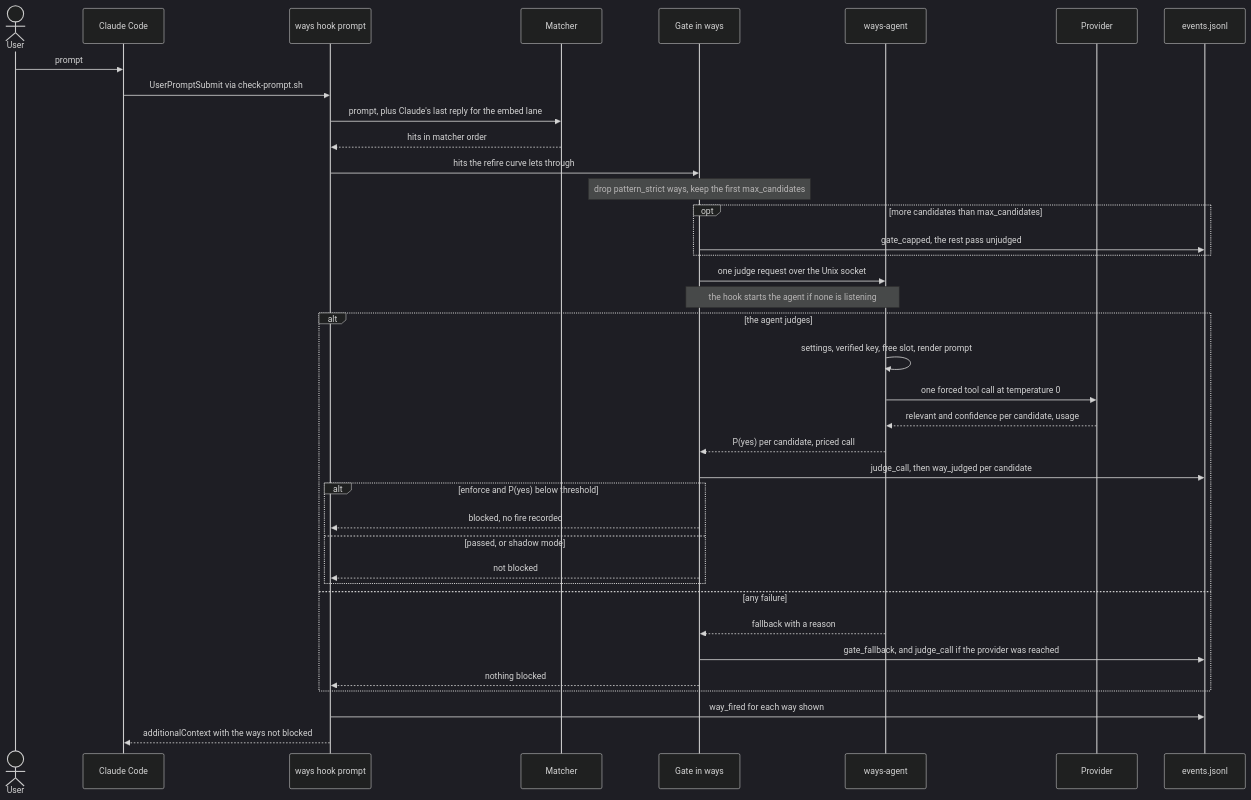
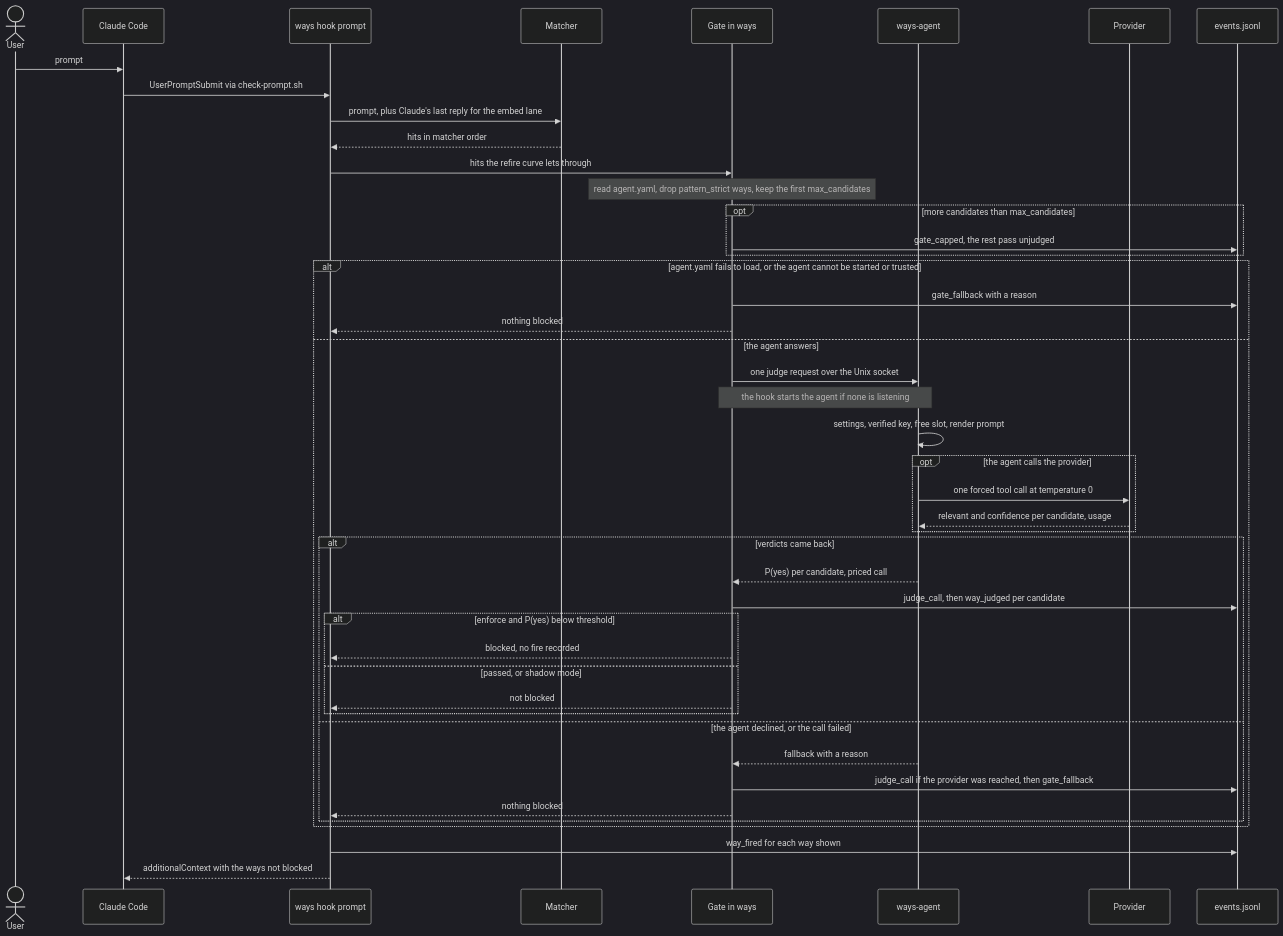
Before and after one commit to aaronsb/agent-ways: the diagram in docs/explanation/relevance-judge/relevance-judge-the-model.md, drawn with Mermaid (dark theme). The commit also changed other lines of this file and 2 other files, not shown here.

First line of the commit message:
docs(judge): answer review of the relevance judge set

````diff
--- a/docs/explanation/relevance-judge/relevance-judge-the-model.md
+++ b/docs/explanation/relevance-judge/relevance-judge-the-model.md
@@ -30,41 +29,48 @@
 ```mermaid
 sequenceDiagram
     actor U as User
     participant CC as Claude Code
     participant H as ways hook prompt
     participant M as Matcher
     participant G as Gate in ways
     participant A as ways-agent
     participant P as Provider
     participant L as events.jsonl
 
     U->>CC: prompt
     CC->>H: UserPromptSubmit via check-prompt.sh
     H->>M: prompt, plus Claude's last reply for the embed lane
     M-->>H: hits in matcher order
     H->>G: hits the refire curve lets through
-    Note over G: drop pattern_strict ways, keep the first max_candidates
+    Note over G: read agent.yaml, drop pattern_strict ways, keep the first max_candidates
     opt more candidates than max_candidates
         G->>L: gate_capped, the rest pass unjudged
     end
-    G->>A: one judge request over the Unix socket
-    Note over G,A: the hook starts the agent if none is listening
-    alt the agent judges
+    alt agent.yaml fails to load, or the agent cannot be started or trusted
+        G->>L: gate_fallback with a reason
+        G-->>H: nothing blocked
+    else the agent answers
+        G->>A: one judge request over the Unix socket
+        Note over G,A: the hook starts the agent if none is listening
         A->>A: settings, verified key, free slot, render prompt
-        A->>P: one forced tool call at temperature 0
-        P-->>A: relevant and confidence per candidate, usage
-        A-->>G: P(yes) per candidate, priced call
-        G->>L: judge_call, then way_judged per candidate
-        alt enforce and P(yes) below threshold
-            G-->>H: blocked, no fire recorded
-        else passed, or shadow mode
-            G-->>H: not blocked
+        opt the agent calls the provider
+            A->>P: one forced tool call at temperature 0
+            P-->>A: relevant and confidence per candidate, usage
         end
-    else any failure
-        A-->>G: fallback with a reason
-        G->>L: gate_fallback, and judge_call if the provider was reached
-        G-->>H: nothing blocked
+        alt verdicts came back
+            A-->>G: P(yes) per candidate, priced call
+            G->>L: judge_call, then way_judged per candidate
+            alt enforce and P(yes) below threshold
+                G-->>H: blocked, no fire recorded
+            else passed, or shadow mode
+                G-->>H: not blocked
+            end
+        else the agent declined, or the call failed
+            A-->>G: fallback with a reason
+            G->>L: judge_call if the provider was reached, then gate_fallback
+            G-->>H: nothing blocked
+        end
     end
     H->>L: way_fired for each way shown
     H-->>CC: additionalContext with the ways not blocked
 ```
````
